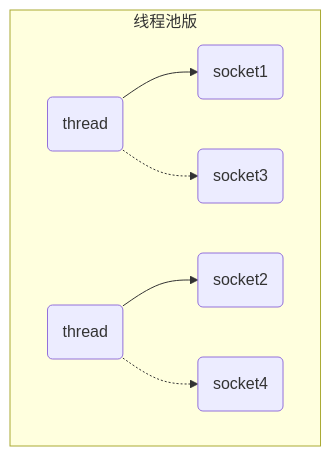
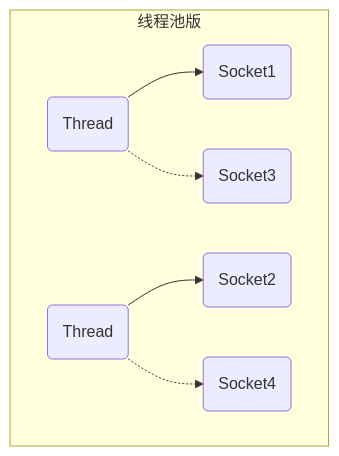
Before and after one commit to ACatSmiling/zero-to-zero: the second of 5 diagrams in Foundation/netty.md, drawn with Mermaid. The commit also changed other lines of this file, not shown here.

````diff
--- a/Foundation/netty.md
+++ b/Foundation/netty.md
@@ -79,9 +77,9 @@
    ```mermaid
    graph TD
    subgraph 线程池版
-   t4(thread) --> s4(socket1)
-   t5(thread) --> s5(socket2)
-   t4(thread) -.-> s6(socket3)
-   t5(thread) -.-> s7(socket4)
+   t4(Thread) --> s4(Socket1)
+   t5(Thread) --> s5(Socket2)
+   t4(Thread) -.-> s6(Socket3)
+   t5(Thread) -.-> s7(Socket4)
    end
    ```
````
